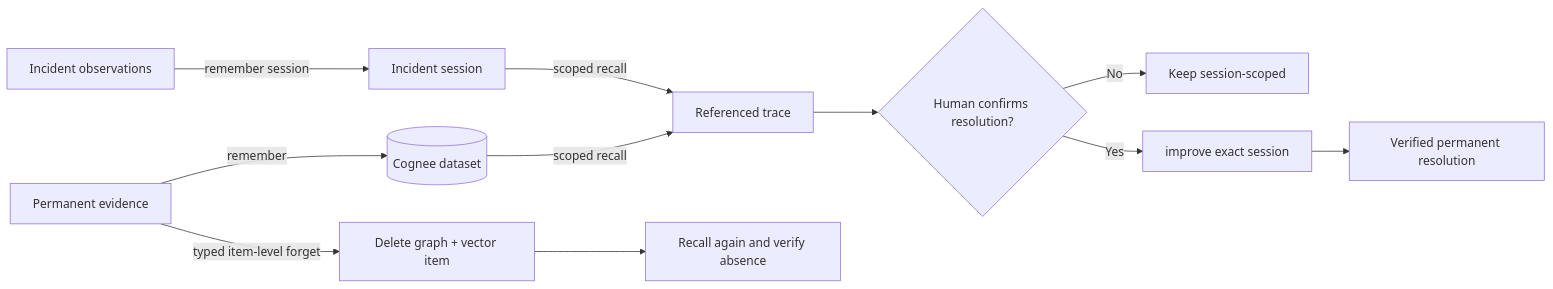
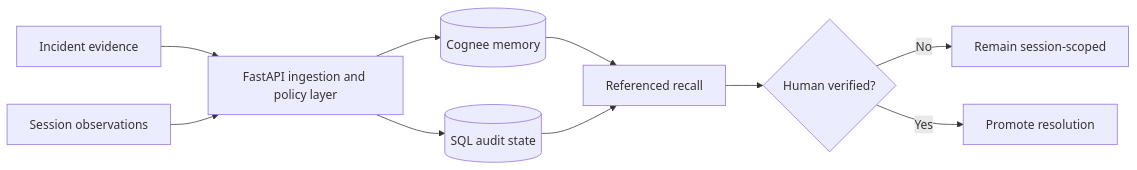
Before and after one commit to Rachit-2216/recallops: the diagram in README.md, drawn with Mermaid. The commit also changed other lines of this file and 3 other files, not shown here.

````diff
--- a/README.md
+++ b/README.md
@@ -46,13 +68,12 @@
 ```mermaid
 flowchart LR
-    E[Permanent evidence] -->|remember| P[(Cognee dataset)]
-    O[Incident observations] -->|remember session| S[Incident session]
-    P -->|scoped recall| T[Referenced trace]
-    S -->|scoped recall| T
-    T --> H{Human confirms resolution?}
-    H -->|No| K[Keep session-scoped]
-    H -->|Yes| I[improve exact session]
-    I --> V[Verified permanent resolution]
-    E -->|typed item-level forget| F[Delete graph + vector item]
-    F --> R[Recall again and verify absence]
+    A[Incident evidence] --> B[FastAPI ingestion and policy layer]
+    C[Session observations] --> B
+    B --> D[(Cognee memory)]
+    B --> E[(SQL audit state)]
+    D --> F[Referenced recall]
+    E --> F
+    F --> G{Human verified?}
+    G -->|No| H[Remain session-scoped]
+    G -->|Yes| I[Promote resolution]
 ```
````
